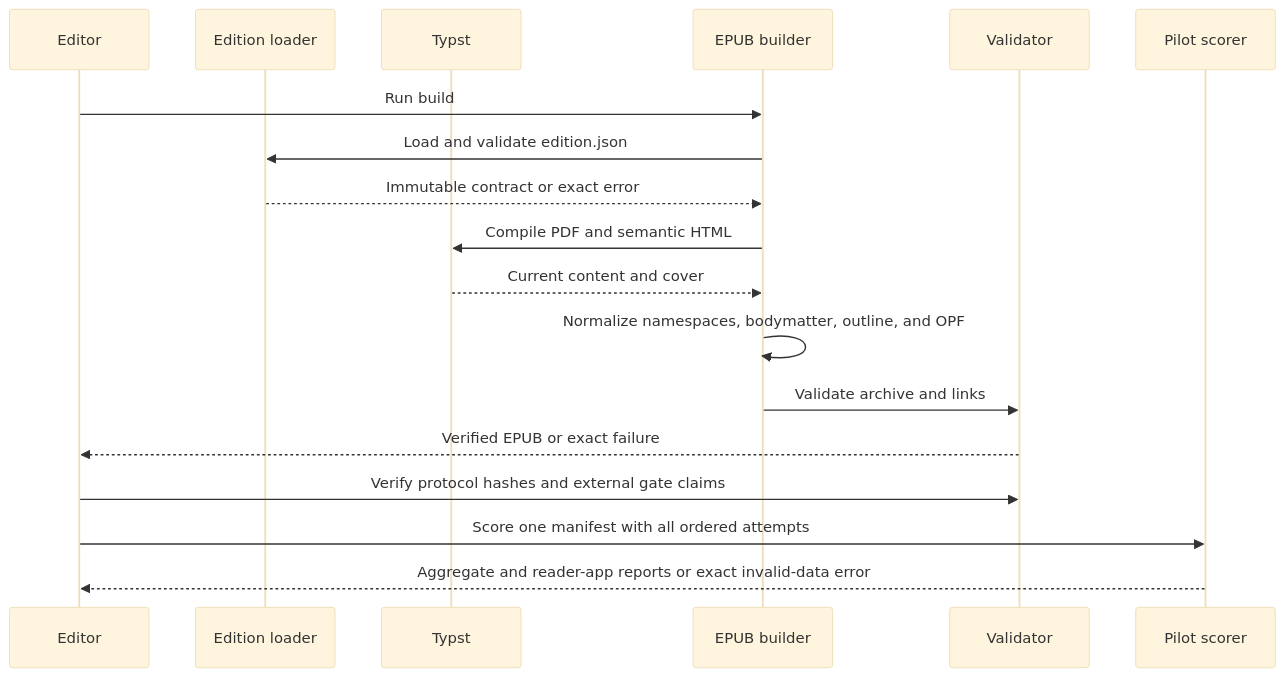
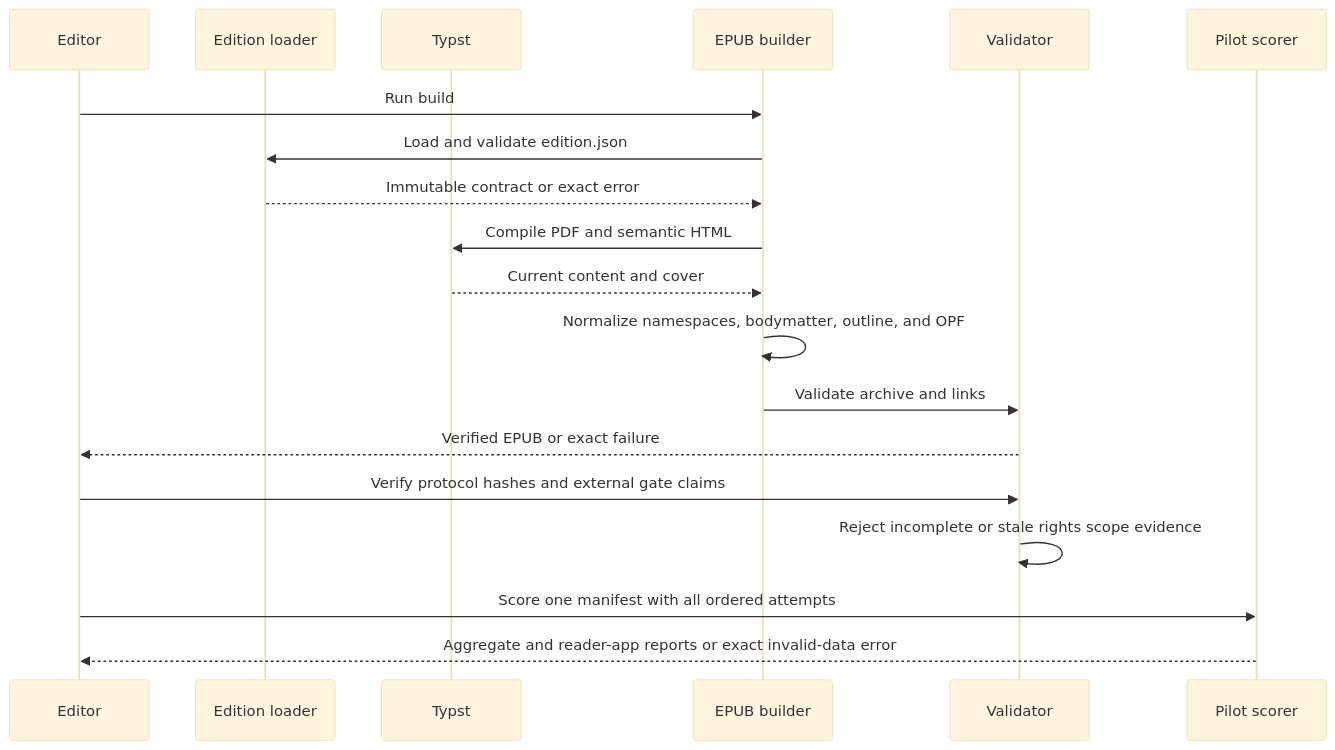
Before and after one commit to streamentry/streamentry: the third of 5 diagrams in scripts/AGENTS.md, drawn with Mermaid (base theme). The commit also changed other lines of this file and 19 other files, not shown here.

Commit message:
Harden the redistribution rights evidence gate

````diff
--- a/scripts/AGENTS.md
+++ b/scripts/AGENTS.md
@@ -97,20 +99,21 @@
 ```mermaid
 sequenceDiagram
   participant U as Editor
   participant D as Edition loader
   participant T as Typst
   participant B as EPUB builder
   participant V as Validator
   participant S as Pilot scorer
   U->>B: Run build
   B->>D: Load and validate edition.json
   D-->>B: Immutable contract or exact error
   B->>T: Compile PDF and semantic HTML
   T-->>B: Current content and cover
   B->>B: Normalize namespaces, bodymatter, outline, and OPF
   B->>V: Validate archive and links
   V-->>U: Verified EPUB or exact failure
   U->>V: Verify protocol hashes and external gate claims
+  V->>V: Reject incomplete or stale rights scope evidence
   U->>S: Score one manifest with all ordered attempts
   S-->>U: Aggregate and reader-app reports or exact invalid-data error
 ```
````
